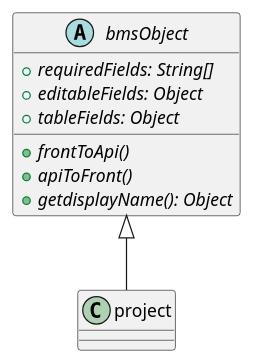
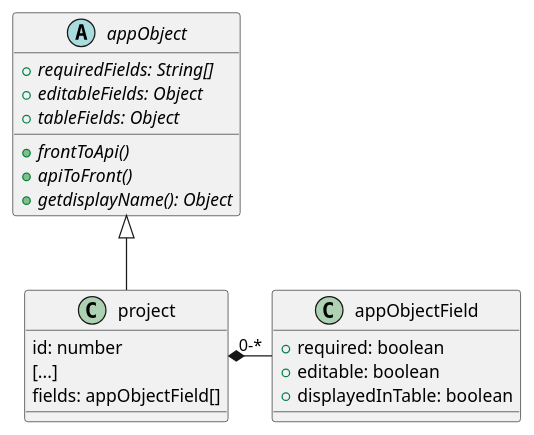
One commit to ReliefApplications/bms_front changed the diagram in src/app/model/uml/models.plantuml. Above: the diagram before and after it, drawn with PlantUML. The commit also changed 3 other files, not shown here.

Commit message:
Create new objects, add UML

```diff
--- a/src/app/model/uml/models.plantuml
+++ b/src/app/model/uml/models.plantuml
@@ -1,18 +1,27 @@
-@startuml
-abstract class bmsObject {
+@startuml updatedModel
+abstract class appObject {
     + {abstract} requiredFields: String[]
     + {abstract} editableFields: Object
     + {abstract} tableFields: Object
 
 
     + {abstract} frontToApi()
     + {abstract} apiToFront()
     + {abstract} getdisplayName(): Object
 }
 
 class project {
-
+    id: number
+    [...]
+    fields: appObjectField[]
 }
 
-bmsObject <|-- project
+class appObjectField {
+    + required: boolean
+    + editable: boolean
+    + displayedInTable: boolean
+}
+
+appObject <|-- project
+project *- "0-*" appObjectField
 @enduml
```
